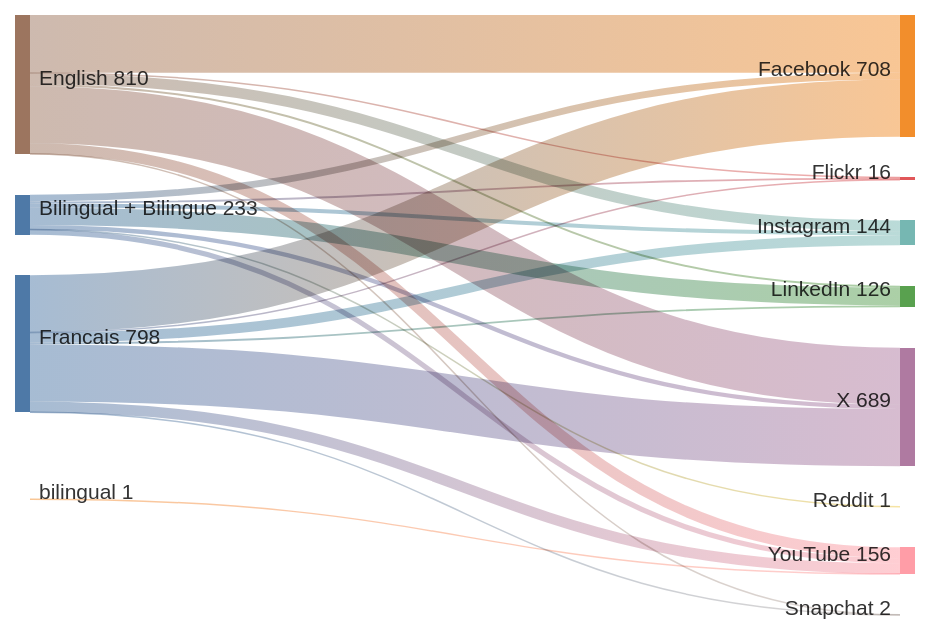
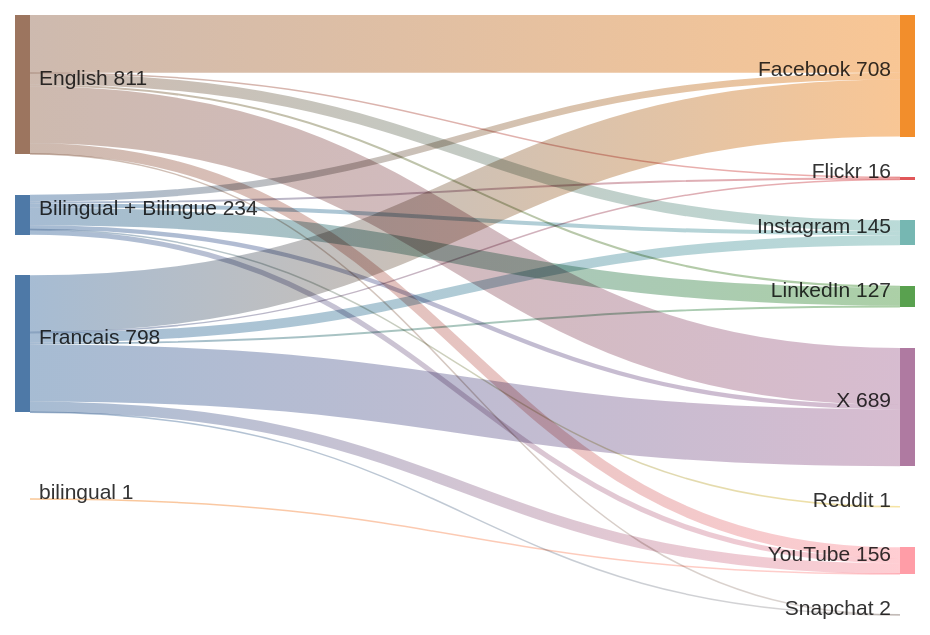
One commit to PatLittle/GC-Socials changed the diagram in sankey_diagram.md. Above: the diagram before and after it, drawn with Mermaid.

Commit message:
Update Sankey diagram for the most recent day

````diff
--- a/sankey_diagram.md
+++ b/sankey_diagram.md
@@ -1,25 +1,25 @@
 ```mermaid
 sankey-beta
   Bilingual + Bilingue,Facebook,40
   Bilingual + Bilingue,Flickr,11
   Bilingual + Bilingue,Instagram,23
-  Bilingual + Bilingue,LinkedIn,103
+  Bilingual + Bilingue,LinkedIn,104
   Bilingual + Bilingue,Reddit,1
   Bilingual + Bilingue,X,25
   Bilingual + Bilingue,YouTube,30
   English,Facebook,336
   English,Flickr,3
-  English,Instagram,63
+  English,Instagram,64
   English,LinkedIn,12
   English,Snapchat,1
   English,X,332
   English,YouTube,63
   Francais,Facebook,332
   Francais,Flickr,2
   Francais,Instagram,58
   Francais,LinkedIn,11
   Francais,Snapchat,1
   Francais,X,332
   Francais,YouTube,62
   bilingual,YouTube,1
 ```
````
